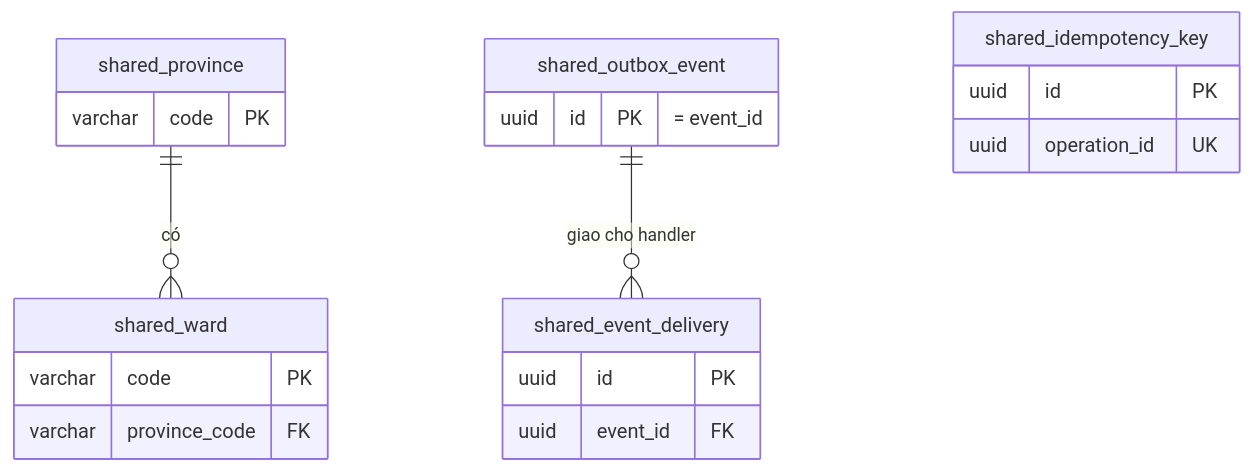
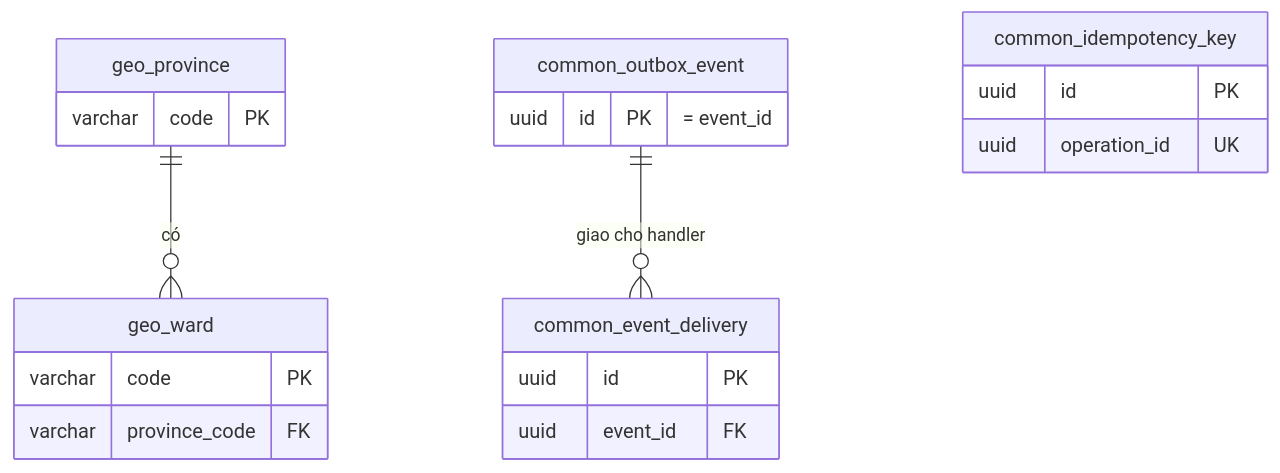
One commit to LuongCongThanh/fashion-store-backend changed the second of 10 diagrams in docs/architecture/03-data-model.md. Above: the diagram before and after it, drawn with Mermaid. The commit also changed other lines of this file and 17 other files, not shown here.

Commit message:
docs(architecture): align docs with ADR 0018 target layout and fix broken anchors

````diff
--- a/docs/architecture/03-data-model.md
+++ b/docs/architecture/03-data-model.md
@@ -273,23 +273,23 @@
 ```mermaid
 erDiagram
-    shared_province ||--o{ shared_ward : "có"
-    shared_outbox_event ||--o{ shared_event_delivery : "giao cho handler"
-    shared_province {
+    geo_province ||--o{ geo_ward : "có"
+    common_outbox_event ||--o{ common_event_delivery : "giao cho handler"
+    geo_province {
         varchar code PK
     }
-    shared_ward {
+    geo_ward {
         varchar code PK
         varchar province_code FK
     }
-    shared_outbox_event {
+    common_outbox_event {
         uuid id PK "= event_id"
     }
-    shared_event_delivery {
+    common_event_delivery {
         uuid id PK
         uuid event_id FK
     }
-    shared_idempotency_key {
+    common_idempotency_key {
         uuid id PK
         uuid operation_id UK
     }
 ```
````
